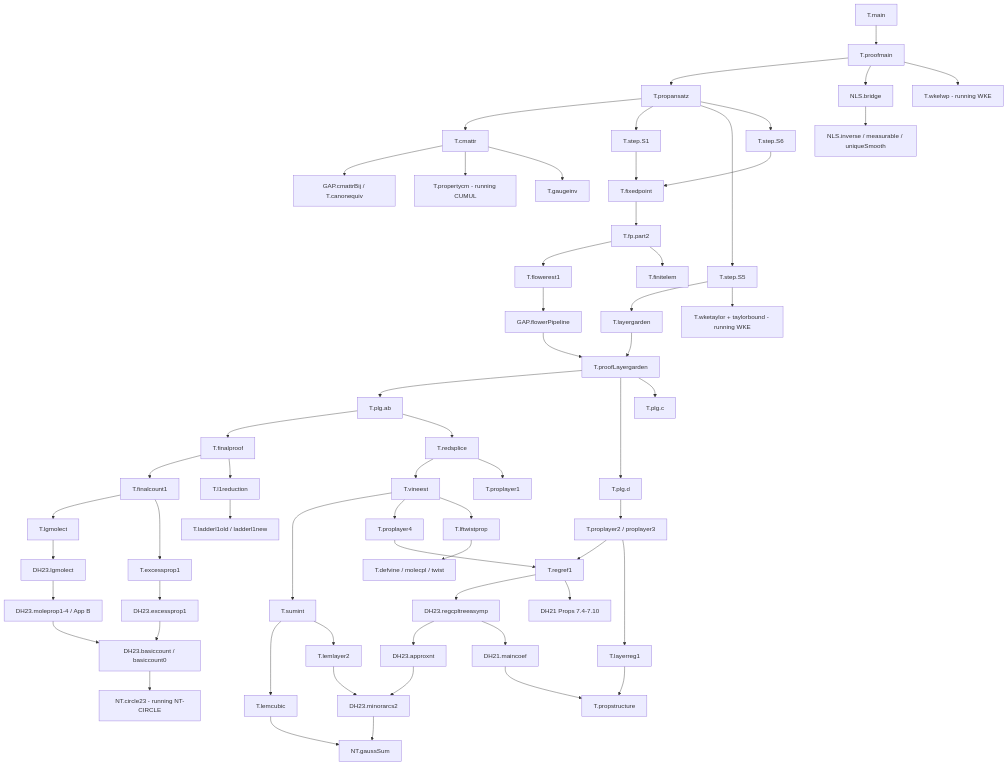
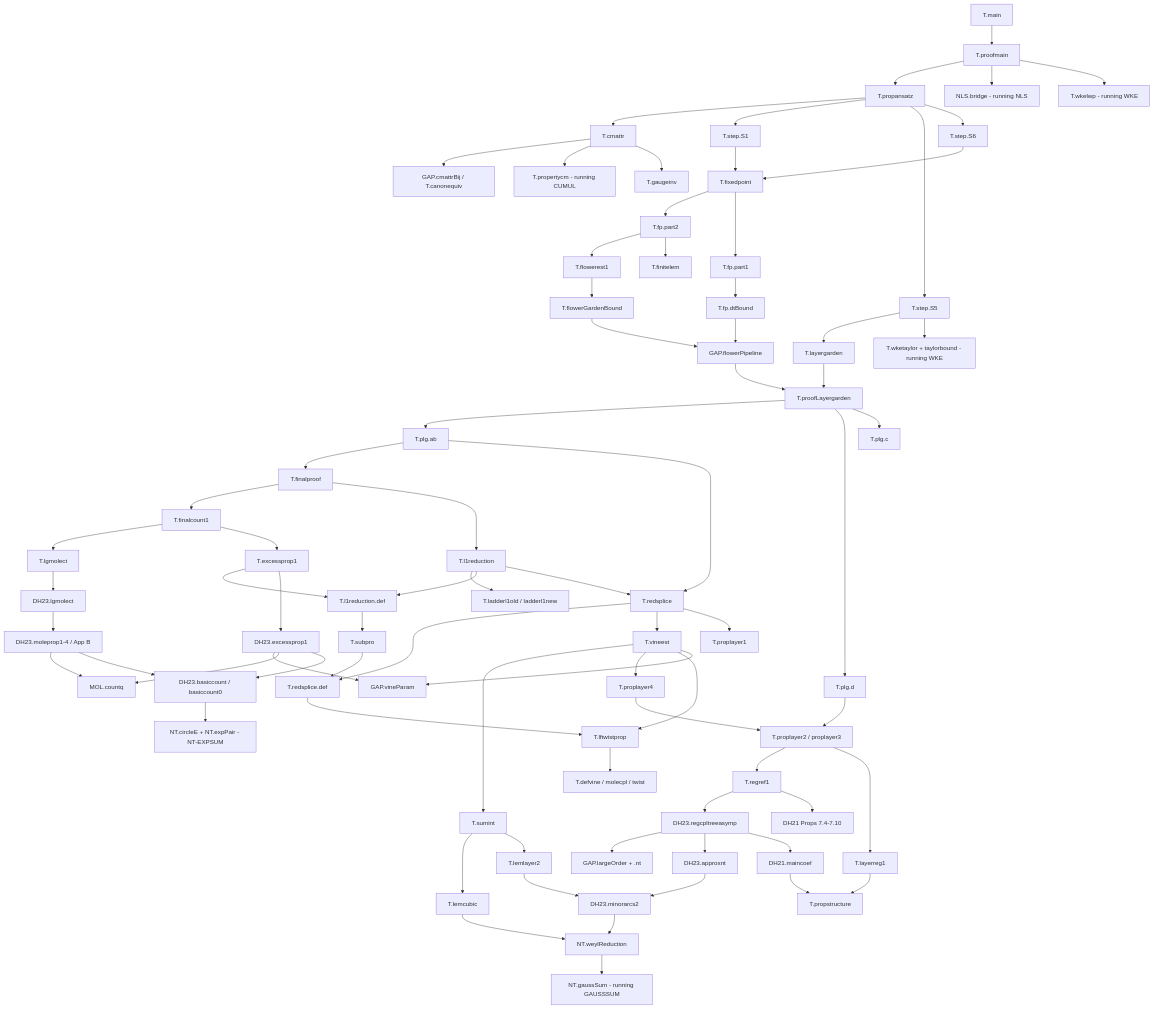
One commit to scottnarmstrong/WaveTurbulence-dev changed the diagram in docs/blueprint/GRAPH.md. Above: the diagram before and after it, drawn with Mermaid. The commit also changed other lines of this file and 1 other file, not shown here.

````diff
--- a/docs/blueprint/GRAPH.md
+++ b/docs/blueprint/GRAPH.md
@@ -412,63 +417,79 @@
 ```mermaid
 graph TD
   main[T.main] --> pm[T.proofmain]
   pm --> pa[T.propansatz]
-  pm --> br[NLS.bridge]
+  pm --> br[NLS.bridge - running NLS]
   pm --> lwp[T.wkelwp - running WKE]
   pa --> cm[T.cmattr]
   pa --> s1[T.step.S1]
   pa --> s5[T.step.S5]
   pa --> s6[T.step.S6]
   s5 --> lg[T.layergarden]
   s5 --> wt[T.wketaylor + taylorbound - running WKE]
   s1 --> fp[T.fixedpoint]
   s6 --> fp
   cm --> cbij[GAP.cmattrBij / T.canonequiv]
   cm --> pcm[T.propertycm - running CUMUL]
   cm --> gi[T.gaugeinv]
-  br --> inv[NLS.inverse / measurable / uniqueSmooth]
   lg --> plg[T.proofLayergarden]
   plg --> plgab[T.plg.ab]
   plg --> plgd[T.plg.d]
   plg --> plgc[T.plg.c]
   plgab --> fpr[T.finalproof]
   fpr --> fc1[T.finalcount1]
   fpr --> l1r[T.l1reduction]
   l1r --> lad[T.ladderl1old / ladderl1new]
+  l1r --> l1d[T.l1reduction.def]
   fc1 --> lgm[T.lgmolect]
   fc1 --> ex[T.excessprop1]
+  ex --> l1d
   lgm --> dlgm[DH23.lgmolect]
   dlgm --> mp[DH23.moleprop1-4 / App B]
   ex --> dex[DH23.excessprop1]
+  dex --> vp[GAP.vineParam]
+  dex --> cq[MOL.countq]
+  mp --> cq
   dex --> bc[DH23.basiccount / basiccount0]
   mp --> bc
-  bc --> circ[NT.circle23 - running NT-CIRCLE]
+  bc --> circ[NT.circleE + NT.expPair - NT-EXPSUM]
+  l1d --> sp[T.subpro]
+  sp --> rsd[T.redsplice.def]
   plgab --> rs[T.redsplice]
+  l1r --> rs
+  rs --> rsd
   rs --> ve[T.vineest]
+  rsd --> lft[T.lftwistprop]
   ve --> si[T.sumint]
   si --> lcub[T.lemcubic]
   si --> ll2[T.lemlayer2]
   ve --> pl4[T.proplayer4]
-  ve --> lft[T.lftwistprop]
+  ve --> lft
+  ve --> vp
   lft --> vine[T.defvine / molecpl / twist]
   rs --> pl1[T.proplayer1]
   plgd --> pl2[T.proplayer2 / proplayer3]
+  pl4 --> pl2
   pl2 --> rr1[T.regref1]
-  pl4 --> rr1
   rr1 --> rca[DH23.regcpltreeasymp]
+  rca --> lo[GAP.largeOrder + .nt]
   rca --> ant[DH23.approxnt]
   rca --> mc[DH21.maincoef]
   rr1 --> d7[DH21 Props 7.4-7.10]
   pl2 --> lr1[T.layerreg1]
   lr1 --> ps[T.propstructure]
   mc --> ps
   fp --> fp2[T.fp.part2]
+  fp --> fp1[T.fp.part1]
+  fp1 --> dtb[T.fp.dtBound]
   fp2 --> fe[T.flowerest1]
-  fe --> fpipe[GAP.flowerPipeline]
+  fe --> fgb[T.flowerGardenBound]
+  fgb --> fpipe[GAP.flowerPipeline]
+  dtb --> fpipe
   fpipe --> plg
   fp2 --> fin[T.finitelem]
   ant --> ma2[DH23.minorarcs2]
-  lcub --> gs[NT.gaussSum]
-  ma2 --> gs
+  ma2 --> wr[NT.weylReduction]
+  lcub --> wr
+  wr --> gs[NT.gaussSum - running GAUSSSUM]
   ll2 --> ma2
 ```
````
